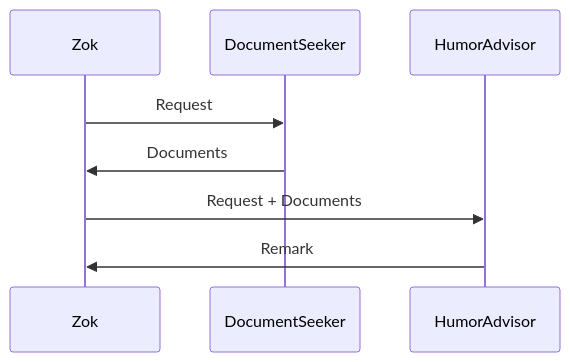
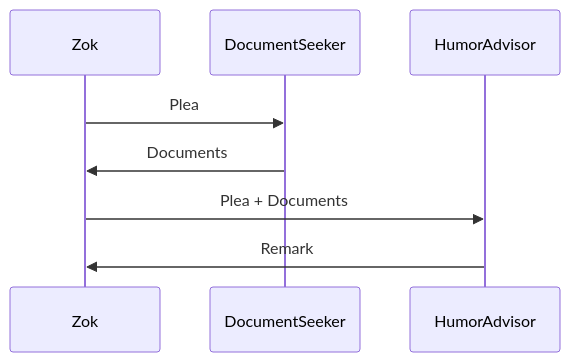
One commit to pslotinsky/decay-of-magic changed the sixth of 6 diagrams in docs/design/Design-001_the-inner-world-of-zok.md. Above: the diagram before and after it, drawn with Mermaid. The commit also changed other lines of this file, not shown here.

Commit message:
Design-1: Translate Zok's design document to eng

````diff
--- a/docs/design/Design-001_the-inner-world-of-zok.md
+++ b/docs/design/Design-001_the-inner-world-of-zok.md
@@ -188,7 +190,7 @@
 ```mermaid
 sequenceDiagram
-  Zok->>DocumentSeeker: Request
+  Zok->>DocumentSeeker: Plea
   DocumentSeeker->>Zok: Documents
-  Zok->>HumorAdvisor: Request + Documents
+  Zok->>HumorAdvisor: Plea + Documents
   HumorAdvisor->>Zok: Remark
 ```
````
